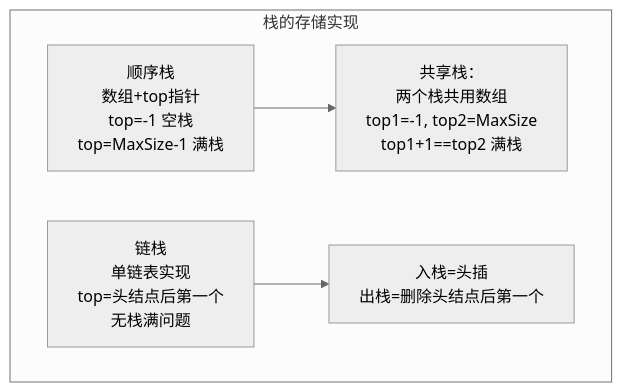
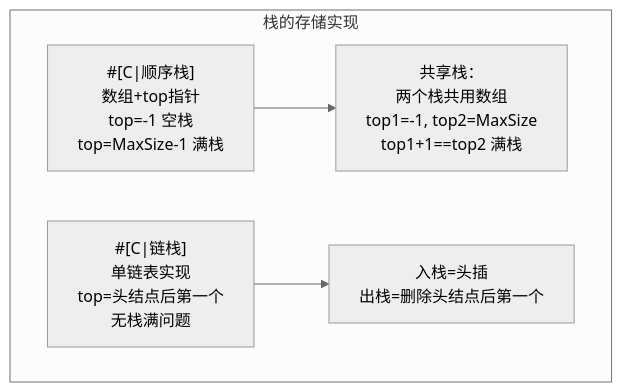
The sixth of 32 diagrams in src/content/philes/volume-1/CS-DS/简易数据结构知识点.md (AH23333/Blog), drawn with Mermaid (neutral theme) before and after one commit. The commit also changed other lines of this file and 13 other files, not shown here.

Commit message:
修复mermaid渲染问题，更正skill.md

````diff
--- a/src/content/philes/volume-1/CS-DS/简易数据结构知识点.md
+++ b/src/content/philes/volume-1/CS-DS/简易数据结构知识点.md
@@ -174,7 +176,7 @@
 ```mermaid
 graph TD
     subgraph 栈的存储实现
-        A[""顺序栈<br/>数组+top指针<br/>top=-1 空栈<br/>top=MaxSize-1 满栈""] --> B[""共享栈：<br/>两个栈共用数组<br/>top1=-1, top2=MaxSize<br/>top1+1==top2 满栈""]
-        C[""链栈<br/>单链表实现<br/>top=头结点后第一个<br/>无栈满问题""] --> D[""入栈=头插<br/>出栈=删除头结点后第一个""]
+        A["#[C|顺序栈]<br/>数组+top指针<br/>top=-1 空栈<br/>top=MaxSize-1 满栈"] --> B["共享栈：<br/>两个栈共用数组<br/>top1=-1, top2=MaxSize<br/>top1+1==top2 满栈"]
+        C["#[C|链栈]<br/>单链表实现<br/>top=头结点后第一个<br/>无栈满问题"] --> D["入栈=头插<br/>出栈=删除头结点后第一个"]
     end
 ```
````
